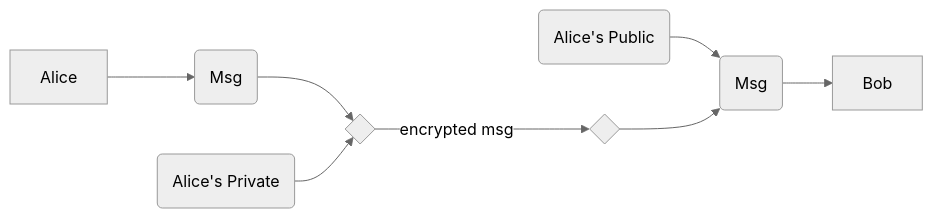
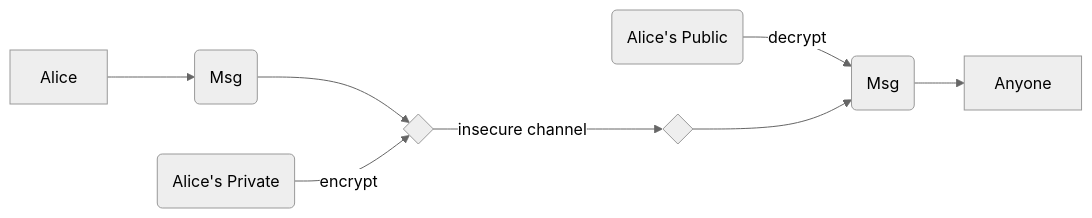
One commit to AlviseDeFaveri/appunti changed the third of 4 diagrams in SEC/Security.md. Above: the diagram before and after it, drawn with Mermaid (neutral theme). The commit also changed other lines of this file, not shown here.

````diff
--- a/SEC/Security.md
+++ b/SEC/Security.md
@@ -193,10 +183,10 @@
 ```mermaid
 graph LR;
 Alice --> M(Msg)
 M --> C{ }
-P(Alice's Private) --> C
-C -->|encrypted msg| D{ }
-S(Alice's Public) --> M2
+P(Alice's Private) -->|encrypt| C
+C -->|insecure channel| D{ }
+S(Alice's Public) -->|decrypt| M2
 D --> M2(Msg)
-M2 --> Bob
+M2 --> Anyone
 ```
````
